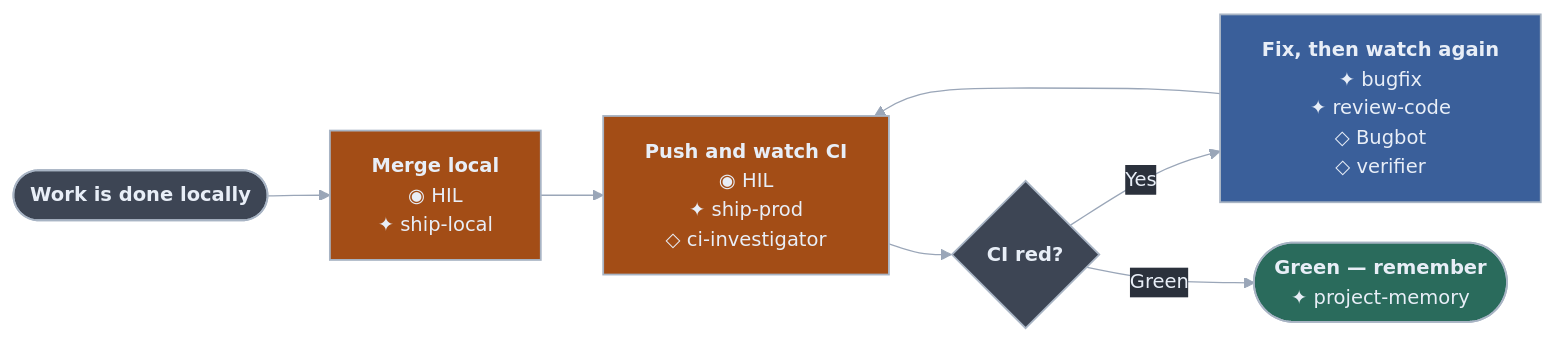
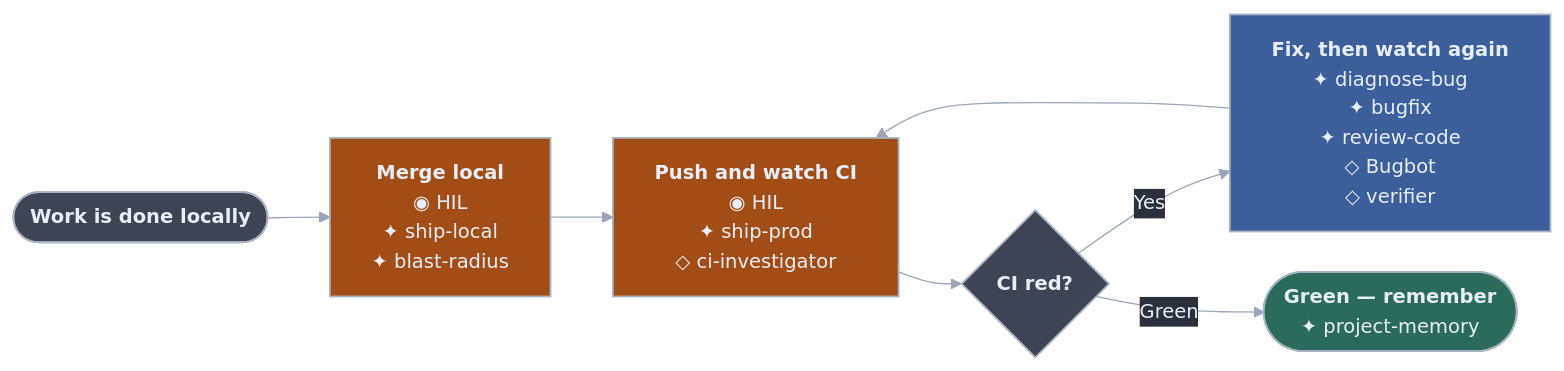
The eighth of 14 diagrams in README.md (RaphaelBecker/cursor-harness), drawn with Mermaid before and after one commit. The commit also changed other lines of this file and 55 other files, not shown here.

````diff
--- a/README.md
+++ b/README.md
@@ -419,24 +509,24 @@
 ```mermaid
 %%{init: {"theme":"base","themeVariables":{"darkMode":true,"fontFamily":"ui-sans-serif, system-ui, -apple-system, Segoe UI, sans-serif","fontSize":"15px","background":"#2B313C","lineColor":"#9AA6B8","textColor":"#9AA6B8","primaryTextColor":"#E8EEF7","edgeLabelBackground":"#2B313C"},"flowchart":{"curve":"basis","htmlLabels":true,"nodeSpacing":31,"rankSpacing":48,"padding":16,"useMaxWidth":true}}}%%
 flowchart LR
   A(["<b>Work is done locally</b>"])
-  B["<b>Merge local</b><br/>◉ HIL<br/>✦ ship-local"]
+  B["<b>Merge local</b><br/>◉ HIL<br/>✦ ship-local<br/>✦ blast-radius"]
   C["<b>Push and watch CI</b><br/>◉ HIL<br/>✦ ship-prod<br/>◇ ci-investigator"]
   D{"<b>CI red?</b>"}
-  E["<b>Fix, then watch again</b><br/>✦ bugfix<br/>✦ review-code<br/>◇ Bugbot<br/>◇ verifier"]
+  E["<b>Fix, then watch again</b><br/>✦ diagnose-bug<br/>✦ bugfix<br/>✦ review-code<br/>◇ Bugbot<br/>◇ verifier"]
   F(["<b>Green — remember</b><br/>✦ project-memory"])
 
   A --> B --> C --> D
   D -->|Yes| E --> C
   D -->|Green| F
 
   classDef skill fill:#3A5F9A,stroke:#A8B4C4,stroke-width:1.4px,color:#E8EEF7
   classDef hil fill:#A34D16,stroke:#A8B4C4,stroke-width:1.4px,color:#E8EEF7
   classDef you fill:#3D4554,stroke:#A8B4C4,stroke-width:1.4px,color:#E8EEF7
   classDef done fill:#2A6B5C,stroke:#A8B4C4,stroke-width:1.4px,color:#E8EEF7
   class A you
   class B,C hil
   class D you
   class E skill
   class F done
 ```
````
